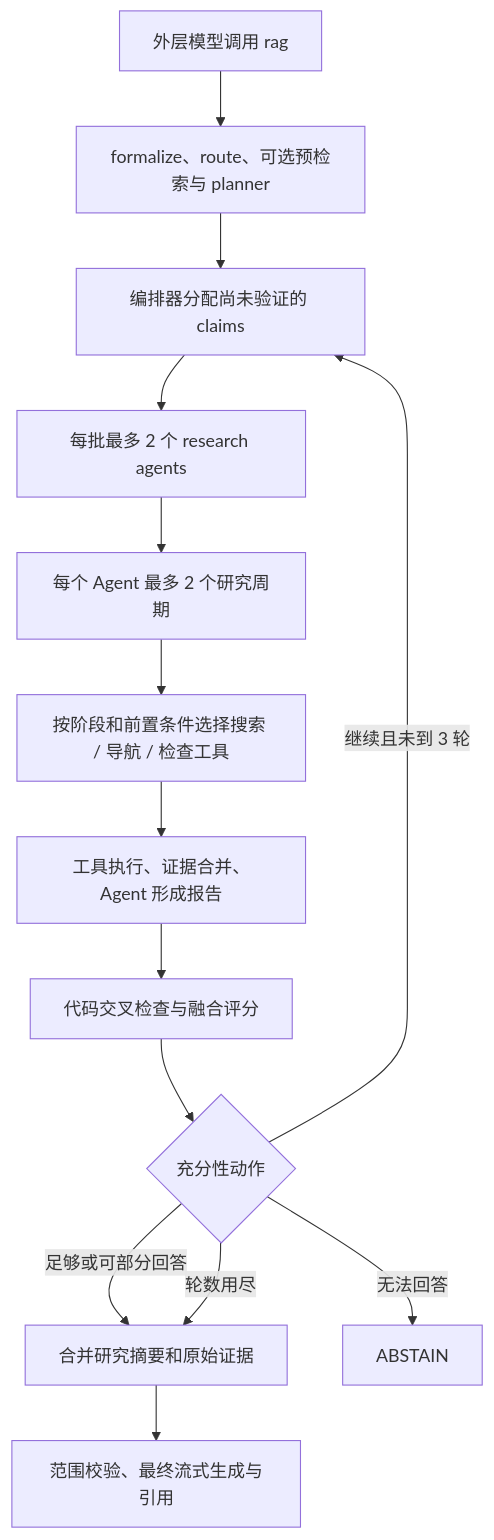
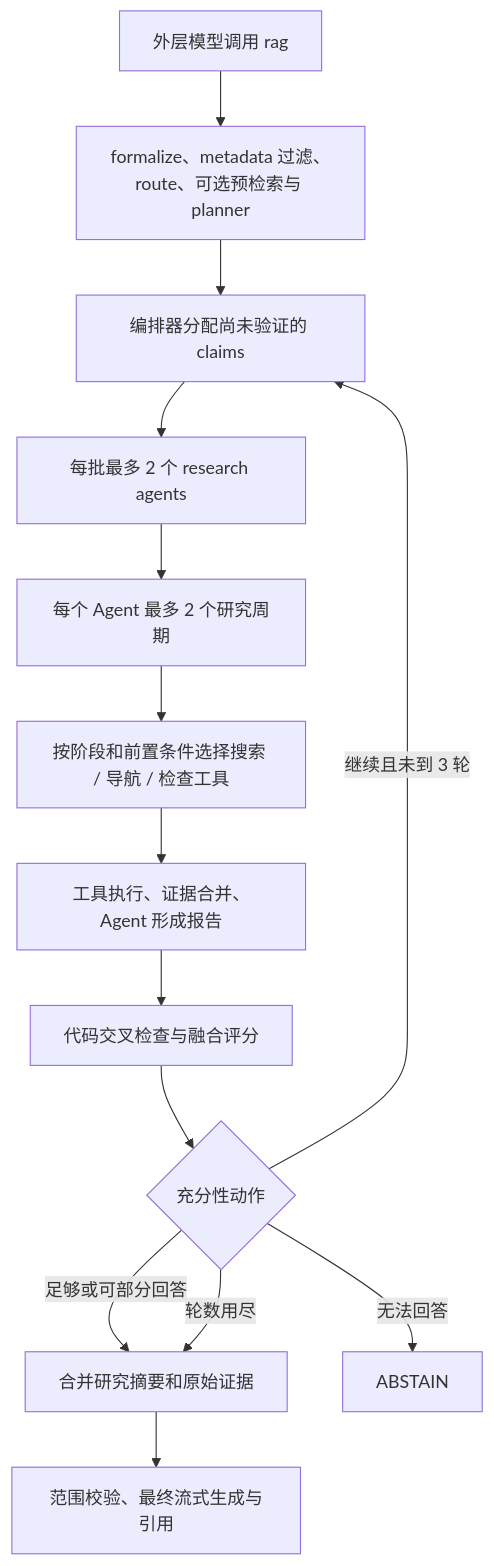
One commit to ZYF77/TYrag changed the fifth of 7 diagrams in docs/rag-current-guide.md. Above: the diagram before and after it, drawn with Mermaid. The commit also changed other lines of this file and 31 other files, not shown here.

````diff
--- a/docs/rag-current-guide.md
+++ b/docs/rag-current-guide.md
@@ -116,16 +114,16 @@
 ```mermaid
 flowchart TD
-  A[外层模型调用 rag] --> B[formalize、route、可选预检索与 planner]
+  A[外层模型调用 rag] --> B[formalize、metadata 过滤、route、可选预检索与 planner]
   B --> C[编排器分配尚未验证的 claims]
   C --> D[每批最多 2 个 research agents]
   D --> E[每个 Agent 最多 2 个研究周期]
   E --> F[按阶段和前置条件选择搜索 / 导航 / 检查工具]
   F --> G[工具执行、证据合并、Agent 形成报告]
   G --> H[代码交叉检查与融合评分]
   H --> I{充分性动作}
   I -->|足够或可部分回答| J[合并研究摘要和原始证据]
   I -->|无法回答| K[ABSTAIN]
   I -->|继续且未到 3 轮| C
   I -->|轮数用尽| J
   J --> L[范围校验、最终流式生成与引用]
 ```
````
